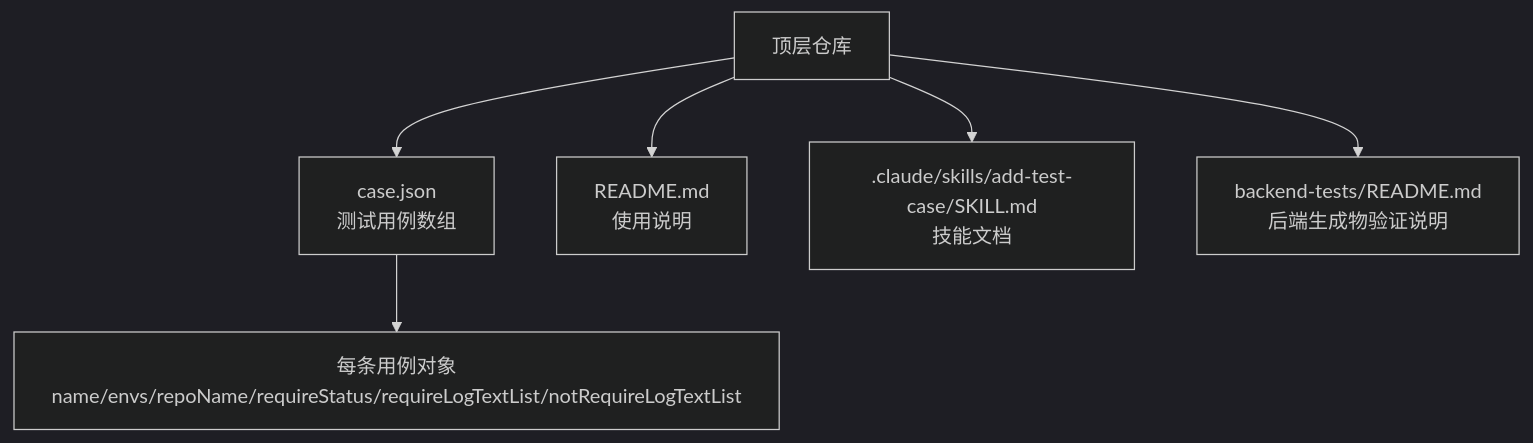
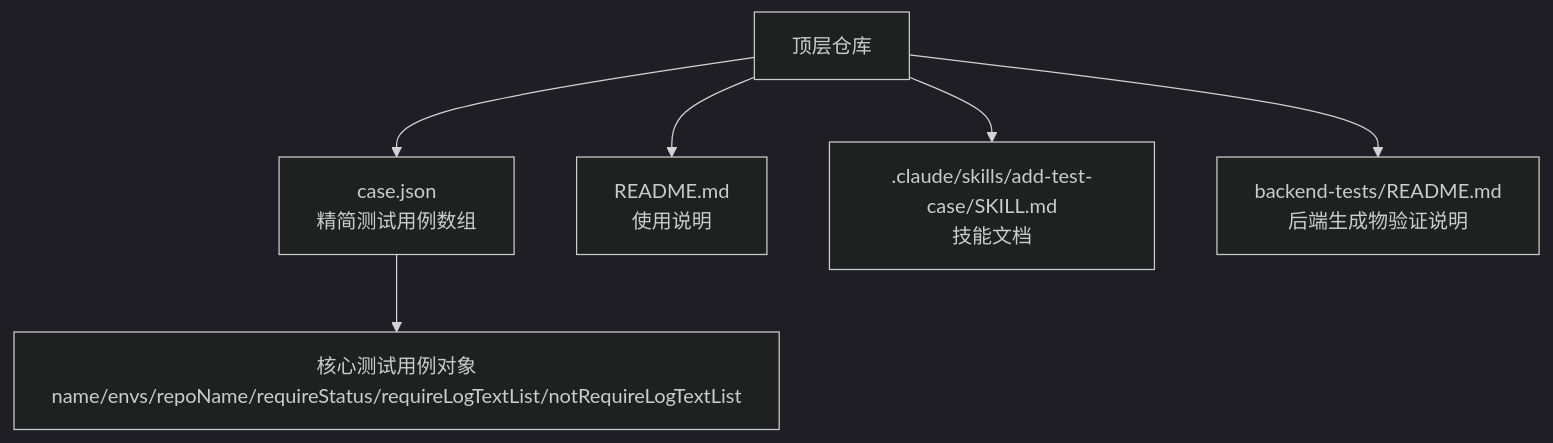
The first of 5 diagrams in .qoder/repowiki/zh/content/测试用例系统/测试用例定义.md (esa-sp/test-for-aone-ci), drawn with Mermaid (dark theme) before and after one commit. The commit also changed other lines of this file and 31 other files, not shown here.

````diff
--- a/.qoder/repowiki/zh/content/测试用例系统/测试用例定义.md
+++ b/.qoder/repowiki/zh/content/测试用例系统/测试用例定义.md
@@ -32,8 +39,8 @@
 ```mermaid
 graph TB
-A["顶层仓库"] --> B["case.json<br/>测试用例数组"]
+A["顶层仓库"] --> B["case.json<br/>精简测试用例数组"]
 A --> C["README.md<br/>使用说明"]
 A --> D[".claude/skills/add-test-case/SKILL.md<br/>技能文档"]
 A --> E["backend-tests/README.md<br/>后端生成物验证说明"]
-B --> F["每条用例对象<br/>name/envs/repoName/requireStatus/requireLogTextList/notRequireLogTextList"]
+B --> F["核心测试用例对象<br/>name/envs/repoName/requireStatus/requireLogTextList/notRequireLogTextList"]
 ```
````
